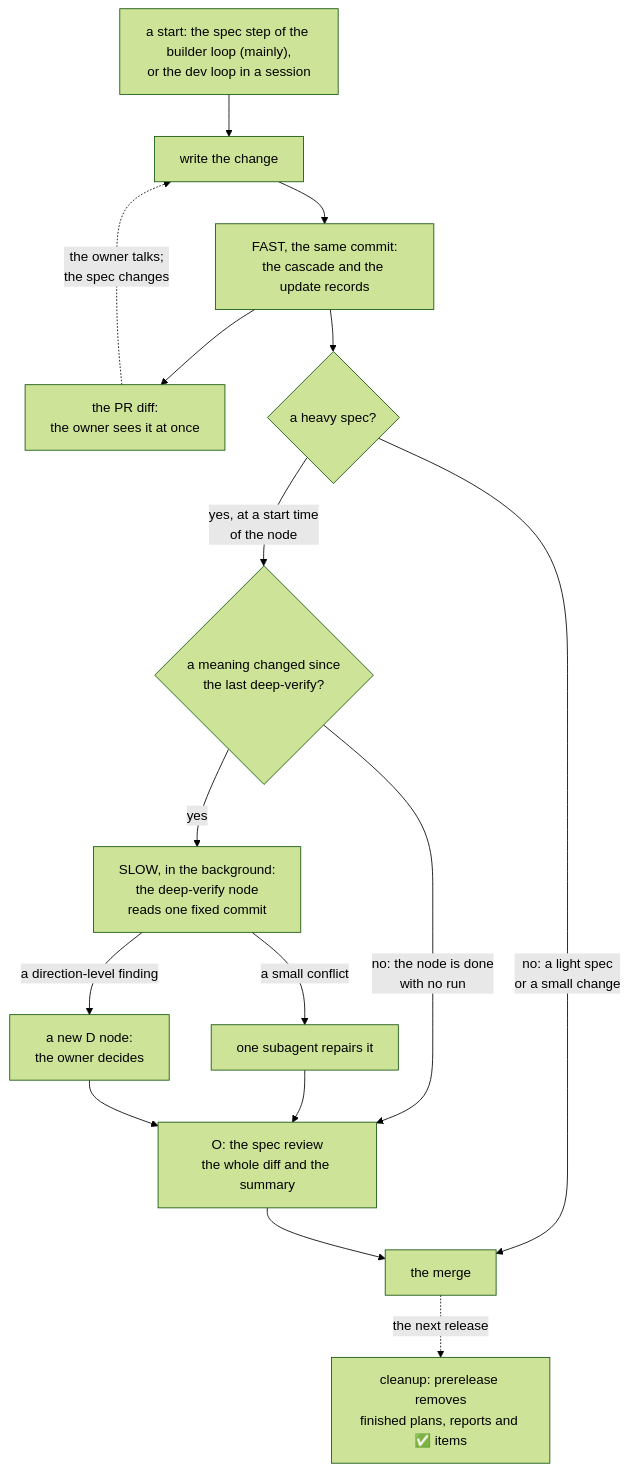
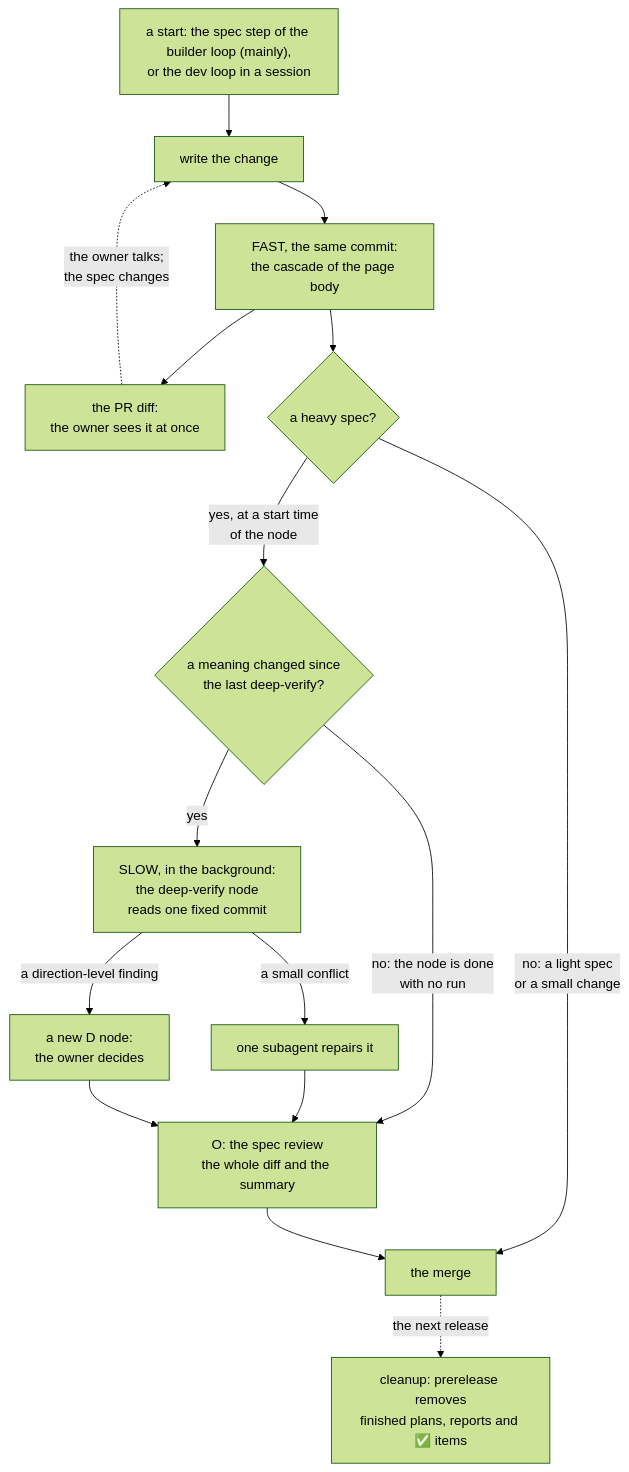
One commit to shiyuann/aboveloop changed the third of 3 diagrams in knowledge/spec/L2-loops.md. Above: the diagram before and after it, drawn with Mermaid (forest theme). The commit also changed other lines of this file and 20 other files, not shown here.

First line of the commit message:
A release writes page headers from the body diff.

````diff
--- a/knowledge/spec/L2-loops.md
+++ b/knowledge/spec/L2-loops.md
@@ -98,18 +98,18 @@
 ```mermaid
 flowchart TB
   S["a start: the spec step of the builder loop (mainly),<br/>or the dev loop in a session"] --> W["write the change"]
-  W --> F["FAST, the same commit:<br/>the cascade and the update records"]
+  W --> F["FAST, the same commit:<br/>the cascade of the page body"]
   F --> P["the PR diff:<br/>the owner sees it at once"]
   P -.->|"the owner talks;<br/>the spec changes"| W
   F --> H{"a heavy spec?"}
   H -->|"no: a light spec<br/>or a small change"| M
   H -->|"yes, at a start time<br/>of the node"| T{"a meaning changed since<br/>the last deep-verify?"}
   T -->|"no: the node is done<br/>with no run"| O
   T -->|"yes"| V["SLOW, in the background:<br/>the deep-verify node<br/>reads one fixed commit"]
   V -->|"a small conflict"| RP["one subagent repairs it"]
   V -->|"a direction-level finding"| D["a new D node:<br/>the owner decides"]
   RP --> O["O: the spec review<br/>the whole diff and the summary"]
   D --> O
   O --> M["the merge"]
   M -.->|"the next release"| C["cleanup: prerelease removes<br/>finished plans, reports and ✅ items"]
 ```
````
